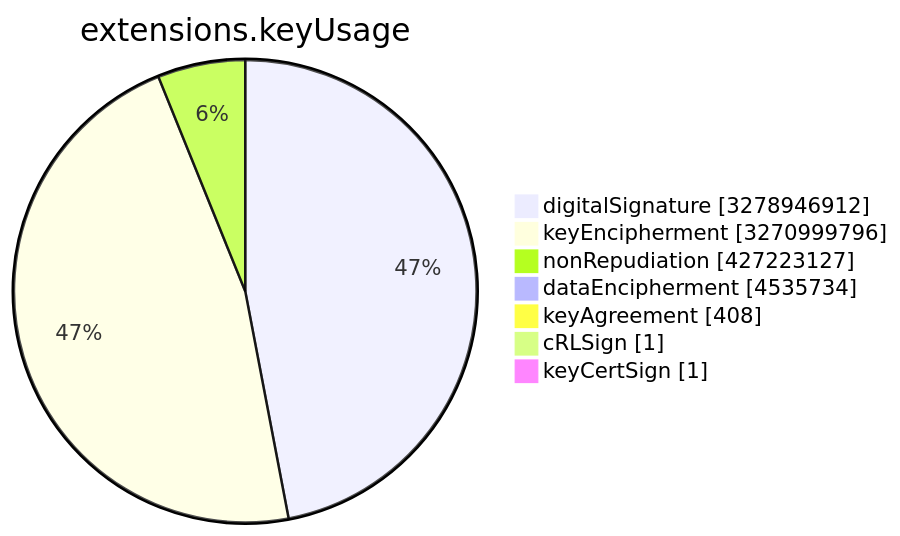
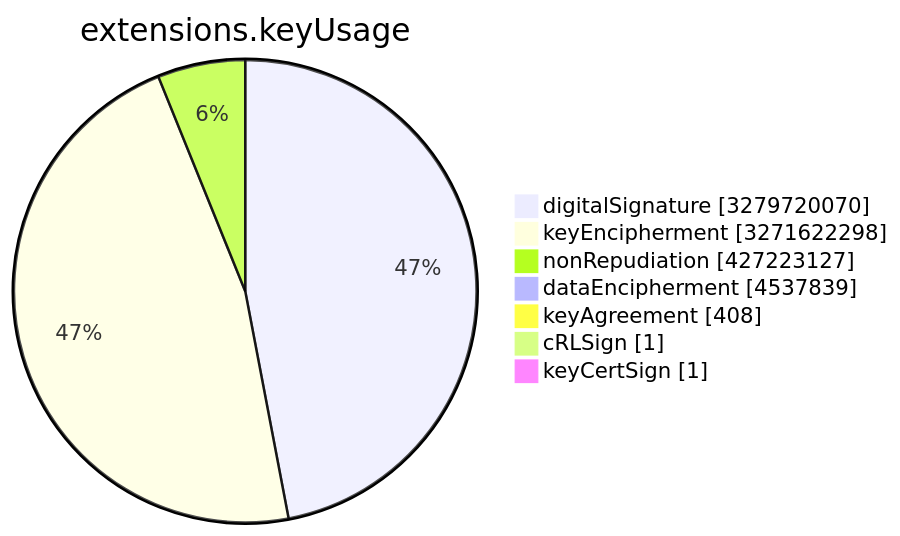
Before and after one commit to christiankrug/ctmonitor_visualization: the sixth of 15 diagrams in TOTAL/README.md, drawn with Mermaid. The commit also changed other lines of this file, not shown here.

````diff
--- a/TOTAL/README.md
+++ b/TOTAL/README.md
@@ -3078,11 +3078,11 @@
 ```mermaid
 pie showData
 title extensions.keyUsage
-"digitalSignature" :3278946912
-"keyEncipherment" :3270999796
+"digitalSignature" :3279720070
+"keyEncipherment" :3271622298
 "nonRepudiation" :427223127
-"dataEncipherment" :4535734
+"dataEncipherment" :4537839
 "keyAgreement" :408
 "cRLSign" :1
 "keyCertSign" :1
 ```
````
